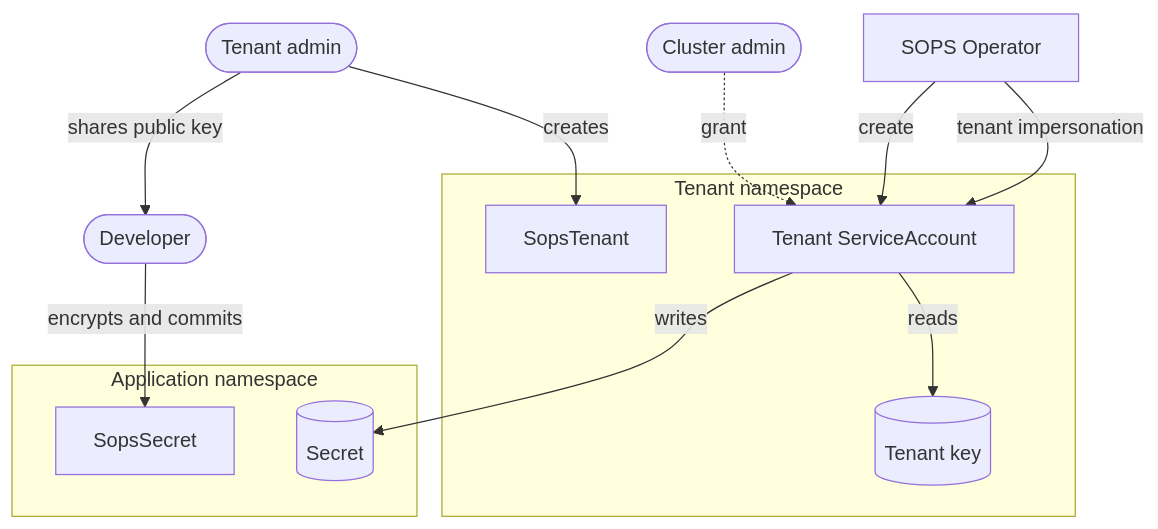
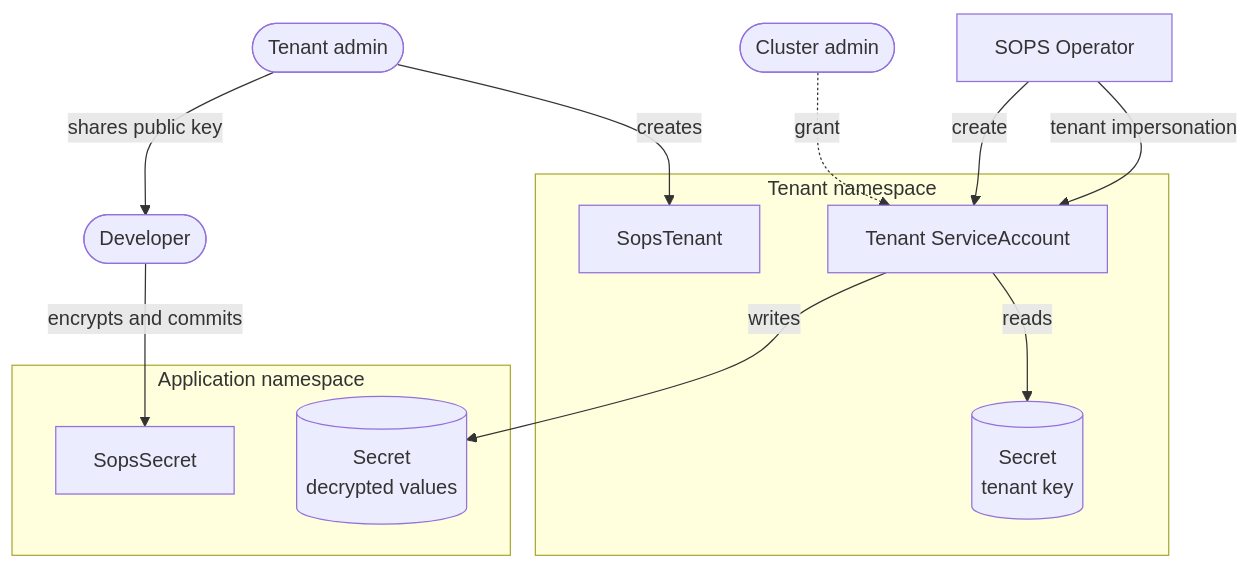
The diagram in README.md (stakater/sops-operator), drawn with Mermaid before and after one commit.

Commit message:
docs: README diagram labels both Secrets as Secrets

````diff
--- a/README.md
+++ b/README.md
@@ -110,28 +110,28 @@
 ```mermaid
 flowchart TB
     CA(["Cluster admin"])
     TA(["Tenant admin"])
     DEV(["Developer"])
 
     OP["SOPS Operator"]
 
     subgraph TNS["Tenant namespace"]
         TEN["SopsTenant"]
         SA["Tenant ServiceAccount"]
-        KEY[("Tenant key")]
+        KEY[("Secret<br/>tenant key")]
     end
 
     subgraph APP["Application namespace"]
         SS["SopsSecret"]
-        OUT[("Secret")]
+        OUT[("Secret<br/>decrypted values")]
     end
 
     CA -.->|grant| SA
     TA -->|creates| TEN
     TA -->|"shares public key"| DEV
     DEV -->|"encrypts and commits"| SS
     OP -->|create| SA
     OP -->|"tenant impersonation"| SA
     SA -->|reads| KEY
     SA -->|writes| OUT
 ```
````
